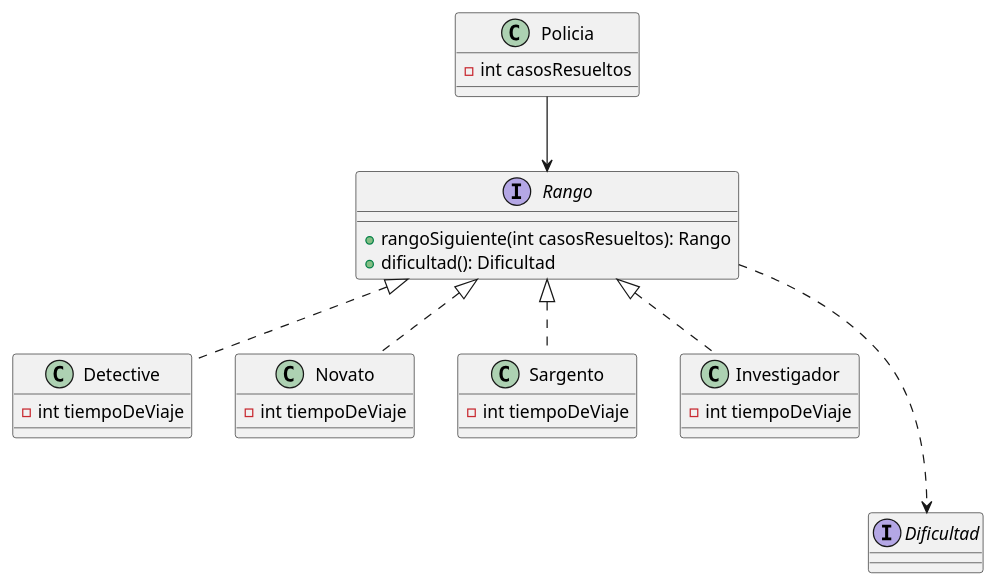
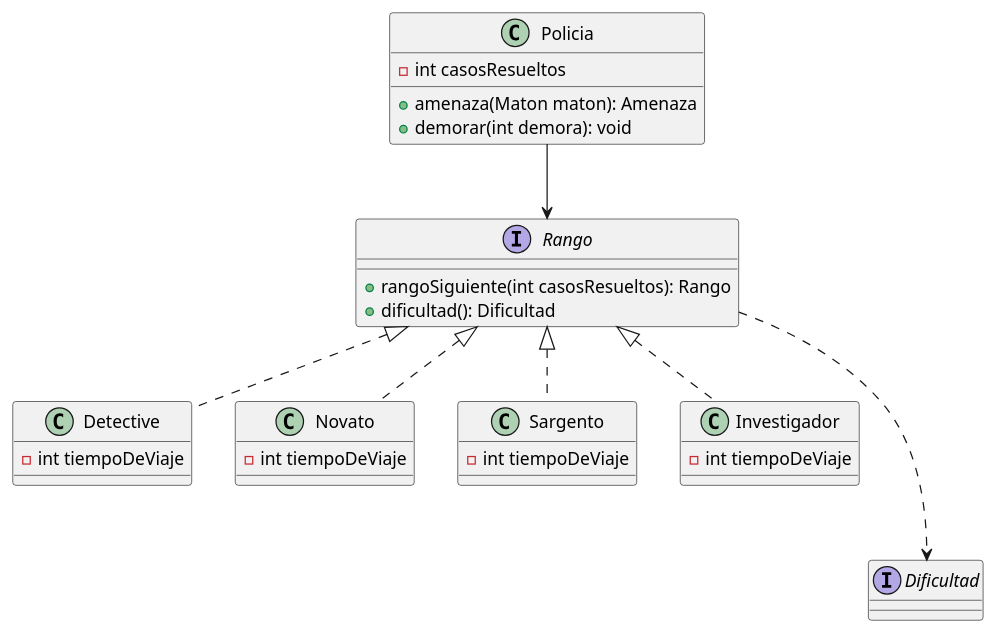
The diagram in diagrams/classes/dc_policia.plantuml (SeleneMartinez/Algo3_AlgoThief), drawn with PlantUML before and after one commit. The commit also changed 9 other files, not shown here.

Commit message:
Modifeid diagrams

```diff
--- a/diagrams/classes/dc_policia.plantuml
+++ b/diagrams/classes/dc_policia.plantuml
@@ -1,39 +1,41 @@
 @startuml
 class Policia
 {
     - int casosResueltos
+    + amenaza(Maton maton): Amenaza
+    + demorar(int demora): void
 }
 interface Rango
 {
     + rangoSiguiente(int casosResueltos): Rango
     +dificultad(): Dificultad
 }
 
 class Detective
 {
     -int tiempoDeViaje
 }
 class Novato
 {
     -int tiempoDeViaje
 }
 class Sargento
 {
     -int tiempoDeViaje
 }
 class Investigador
 {
     -int tiempoDeViaje
 }
 
 interface Dificultad
 {
 }
 
 Policia -->Rango
 Rango <|..Investigador
 Rango <|..Sargento
 Rango <|.. Detective
 Rango <|..Novato
 Rango ...> Dificultad
 @enduml
```
